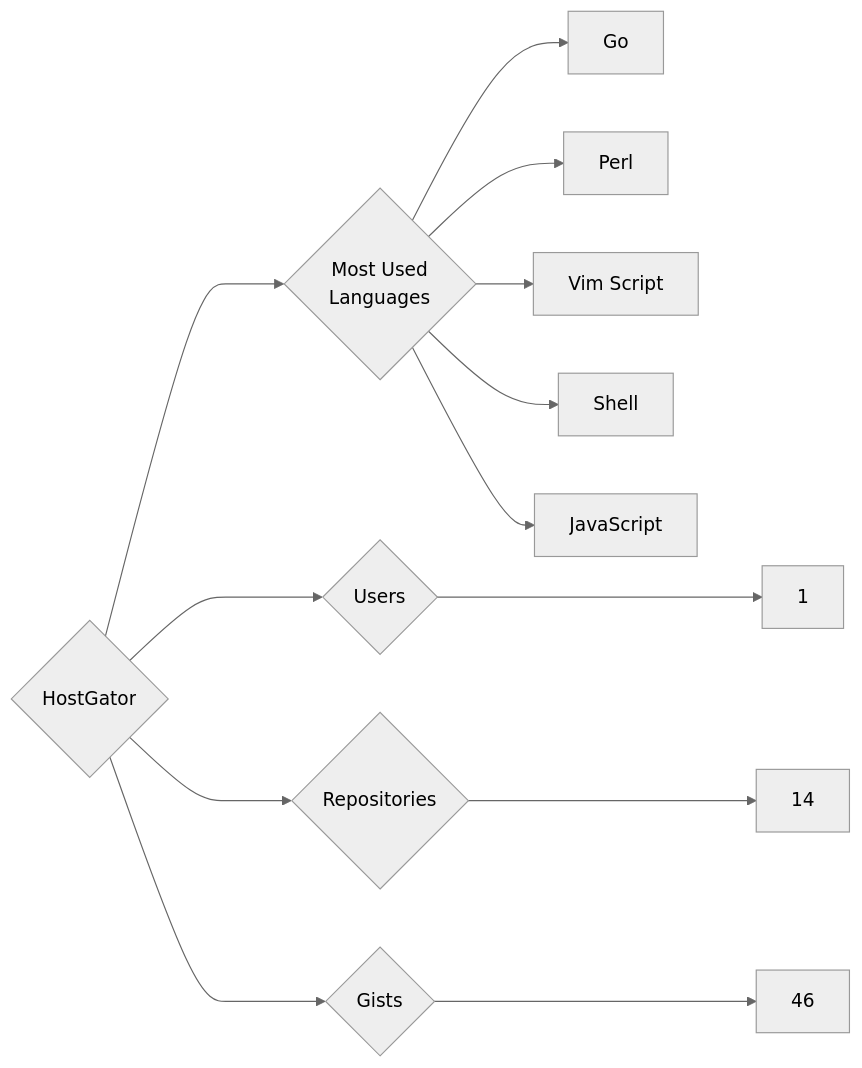
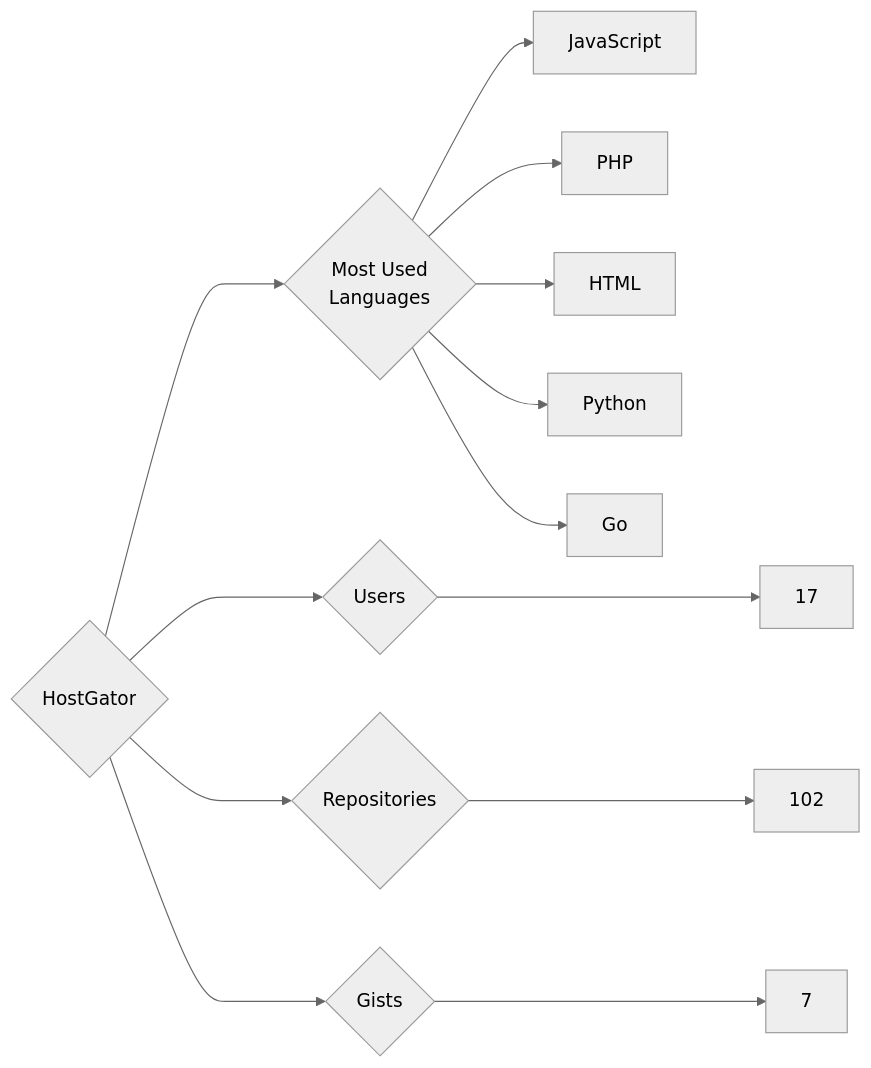
The diagram in targets/HostGator/README.md (trickest/insiders), drawn with Mermaid (neutral theme) before and after one commit. The commit also changed 786 other files, not shown here.

````diff
--- a/targets/HostGator/README.md
+++ b/targets/HostGator/README.md
@@ -3,13 +3,13 @@
 ```mermaid
 graph LR
 COMPANY_NAME{HostGator}
-COMPANY_NAME ---> U{Users} ---> UN[1]
-COMPANY_NAME ---> R{Repositories} ---> RN[14]
-COMPANY_NAME ---> G{Gists} ---> GN[46]
+COMPANY_NAME ---> U{Users} ---> UN[17]
+COMPANY_NAME ---> R{Repositories} ---> RN[102]
+COMPANY_NAME ---> G{Gists} ---> GN[7]
 COMPANY_NAME ---> ML{Most Used<br>Languages}
+ML --> JavaScript[JavaScript]
+ML --> PHP[PHP]
+ML --> HTML[HTML]
+ML --> Python[Python]
 ML --> Go[Go]
-ML --> Perl[Perl]
-ML --> Vim_Script[Vim Script]
-ML --> Shell[Shell]
-ML --> JavaScript[JavaScript]
 ```
````
